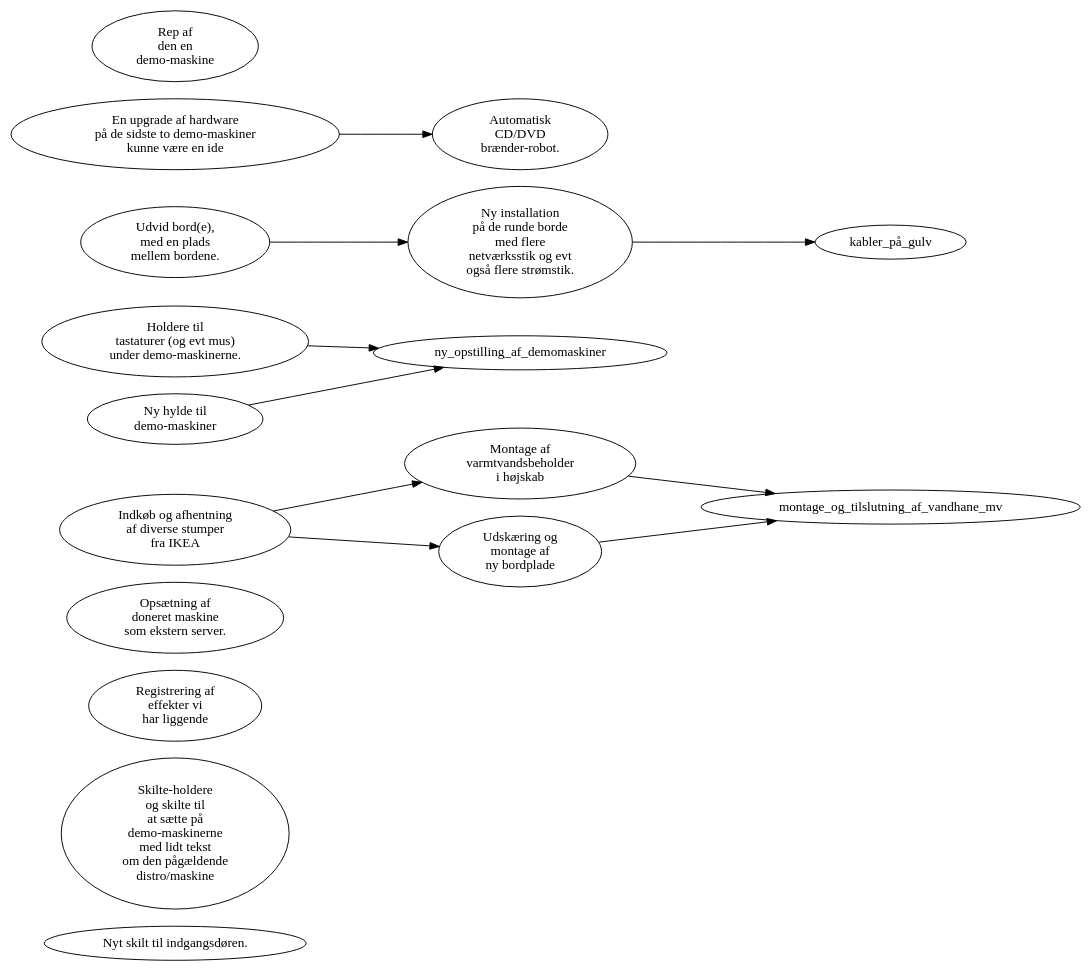
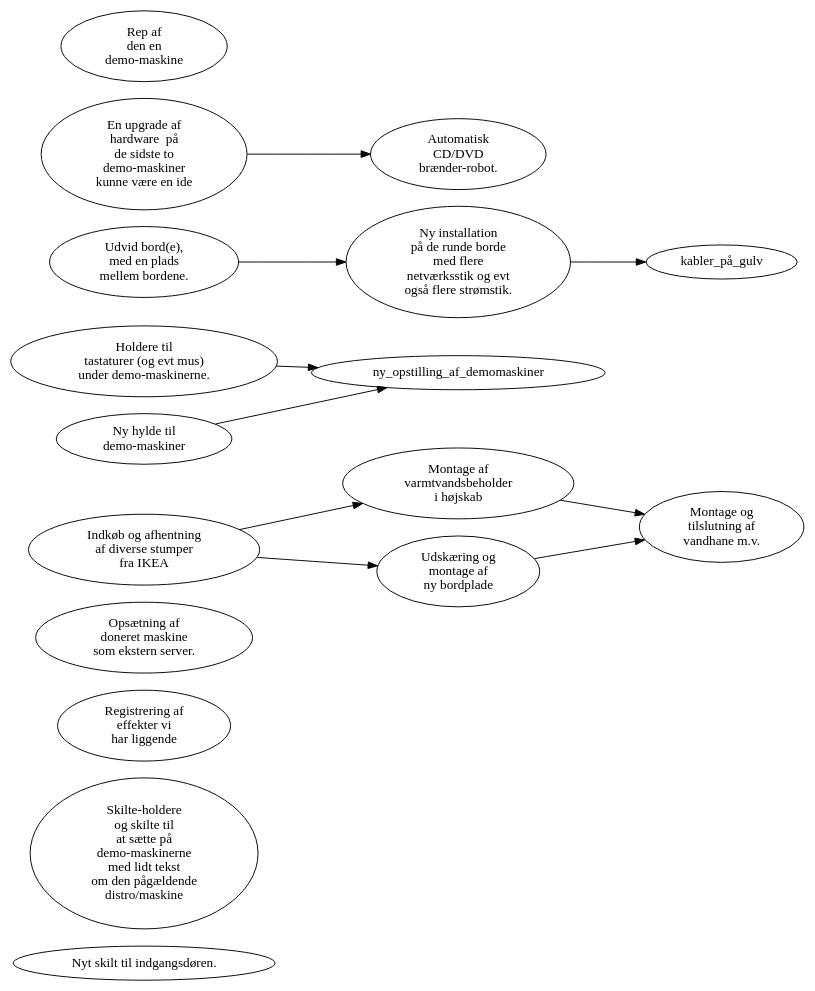
Before and after one commit to alslug/alslug.dk: the diagram in faq/todo.dot, drawn with Graphviz.

```diff
--- a/faq/todo.dot
+++ b/faq/todo.dot
@@ -1,26 +1,27 @@
 digraph xxx {
     rankdir=LR;
     nyt_dørskilt [ label="Nyt skilt til indgangsdøren." ];
     skilteholdere [ label="Skilte-holdere \n og skilte til \n at sætte på \n demo-maskinerne \n med lidt tekst \n om den pågældende \n distro/maskine" ];
     registerer_udstyr [ label="Registrering af \n effekter vi \n har liggende" ];
     ny_bootserver [ label="Opsætning af \n doneret maskine \n som ekstern server." ];
     
     indkøb_hos_ikea [ label="Indkøb og afhentning \n af diverse stumper \n fra IKEA" ];
     montage_af_varmtvandsbeholder [ label="Montage af \n varmtvandsbeholder \n i højskab" ];
     montage_af_ny_bordplade [ label="Udskæring og \n montage af \n ny bordplade" ];
-    indkøb_hos_ikea -> {montage_af_varmtvandsbeholder,montage_af_ny_bordplade} -> montage_og_tilslutning_af_vandhane_mv
+    montage_og_tilslutning_af_vandhane_mv [ label="Montage og \n tilslutning af \n vandhane m.v." ];
+    indkøb_hos_ikea -> {montage_af_varmtvandsbeholder,montage_af_ny_bordplade} -> montage_og_tilslutning_af_vandhane_mv;
 
     lav_keyboard_holdere [ label="Holdere til \n tastaturer (og evt mus) \n under demo-maskinerne." ];
     hylde_til_demomaskiner [ label="Ny hylde til \n demo-maskiner" ];
     {lav_keyboard_holdere,hylde_til_demomaskiner} -> ny_opstilling_af_demomaskiner;
 
     udvid_borde [ label="Udvid bord(e), \n med en plads \n mellem bordene." ];
     bord_instalationer [ label="Ny installation \n på de runde borde \n med flere \n netværksstik og evt \n også flere strømstik." ];
     kabler_på_gulv [ labek="Kabler til bordet \n ved projektoren skal \n lægges ned  i \n kabelkanal på gulvet." ];
     udvid_borde -> bord_instalationer -> kabler_på_gulv;
 
-    upgrade_demomaskiner [ label="En upgrade af hardware \n på de sidste to demo-maskiner \n kunne være en ide" ];
+    upgrade_demomaskiner [ label="En upgrade af \n hardware  på \n de sidste to \n demo-maskiner \n kunne være en ide" ];
     rep_af_demomaskine [ label="Rep af \n den en \n demo-maskine" ];
     cd_brænder [ label="Automatisk \n CD/DVD \n brænder-robot." ];
     upgrade_demomaskiner -> cd_brænder;
 }
```
